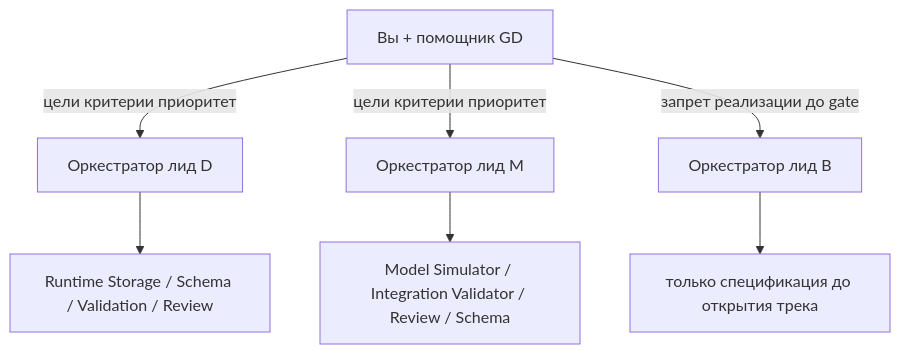
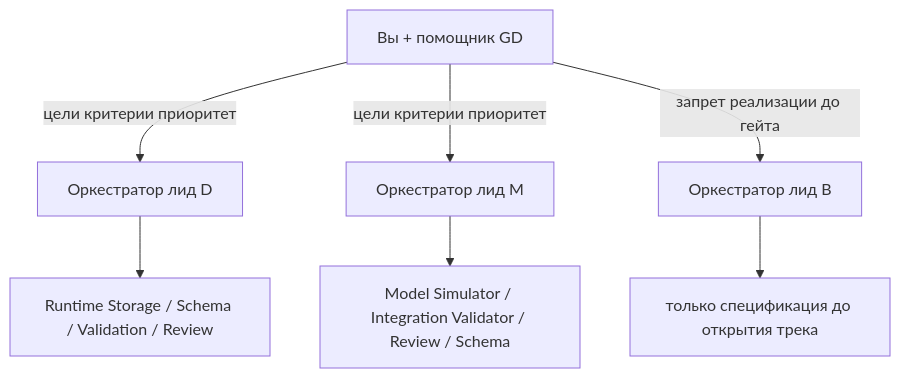
Before and after one commit to anabol21/arb_bots: the diagram in docs/program-roadmap.md, drawn with Mermaid. The commit also changed other lines of this file and 30 other files, not shown here.

````diff
--- a/docs/program-roadmap.md
+++ b/docs/program-roadmap.md
@@ -32,16 +34,16 @@
 ```mermaid
 flowchart TB
   GD["Вы + помощник GD"]
   OrchD["Оркестратор лид D"]
   OrchM["Оркестратор лид M"]
   OrchB["Оркестратор лид B"]
   AgentsD["Runtime Storage / Schema / Validation / Review"]
   AgentsM["Model Simulator / Integration Validator / Review / Schema"]
   AgentsB["только спецификация до открытия трека"]
   GD -->|"цели критерии приоритет"| OrchD
   GD -->|"цели критерии приоритет"| OrchM
-  GD -->|"запрет реализации до gate"| OrchB
+  GD -->|"запрет реализации до гейта"| OrchB
   OrchD --> AgentsD
   OrchM --> AgentsM
   OrchB --> AgentsB
 ```
````
